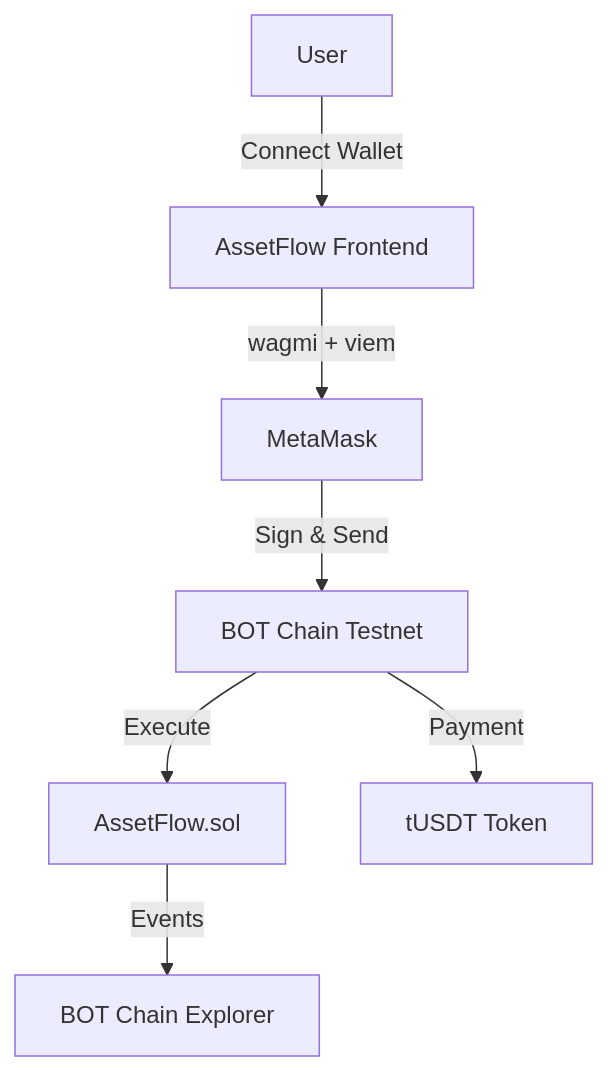
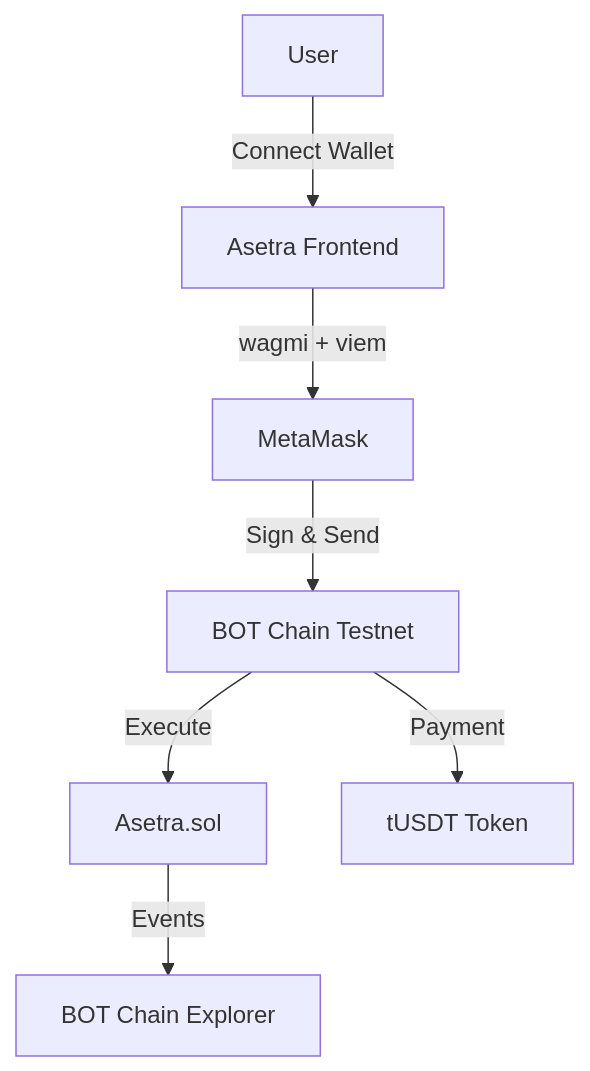
The diagram in README.md (bayuapriansyah/Asetra), drawn with Mermaid before and after one commit. The commit also changed other lines of this file and 13 other files, not shown here.

````diff
--- a/README.md
+++ b/README.md
@@ -242,9 +242,9 @@
 ```mermaid
 flowchart TD
-    A[User] -->|Connect Wallet| B[AssetFlow Frontend]
+    A[User] -->|Connect Wallet| B[Asetra Frontend]
     B -->|wagmi + viem| C[MetaMask]
     C -->|Sign & Send| D[BOT Chain Testnet]
-    D -->|Execute| E[AssetFlow.sol]
+    D -->|Execute| E[Asetra.sol]
     D -->|Payment| F[tUSDT Token]
     E -->|Events| G[BOT Chain Explorer]
 ```
````
